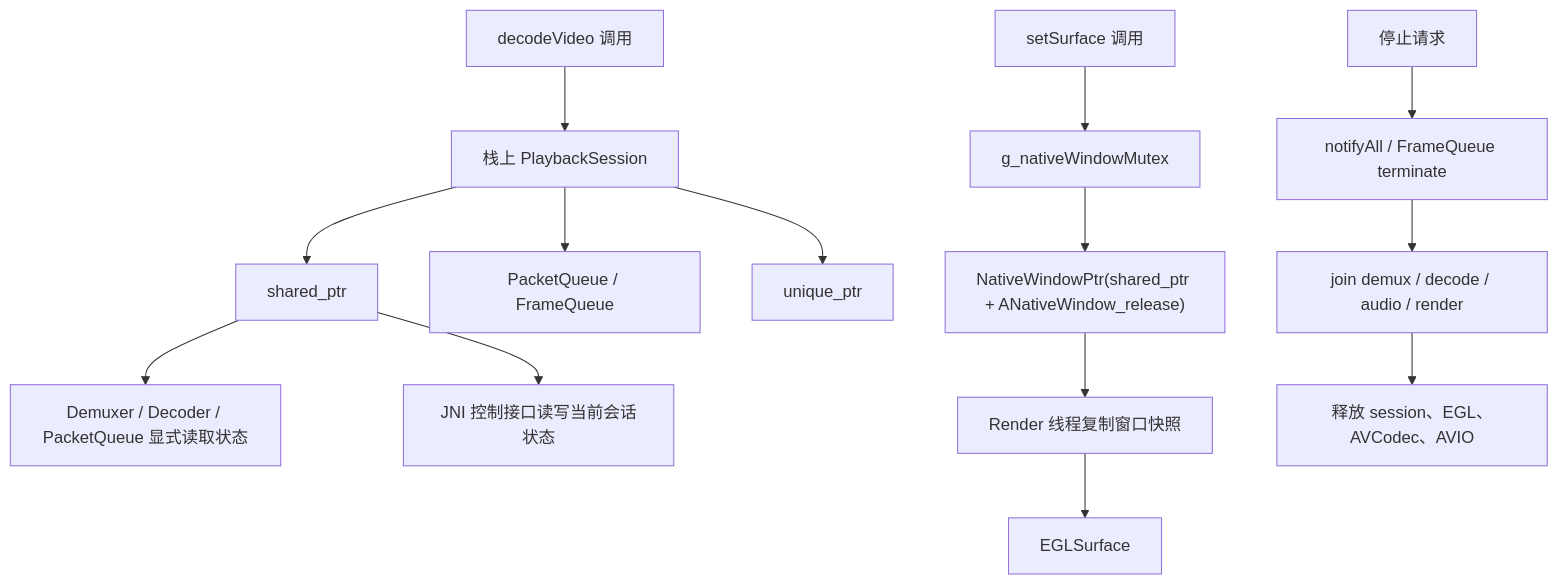
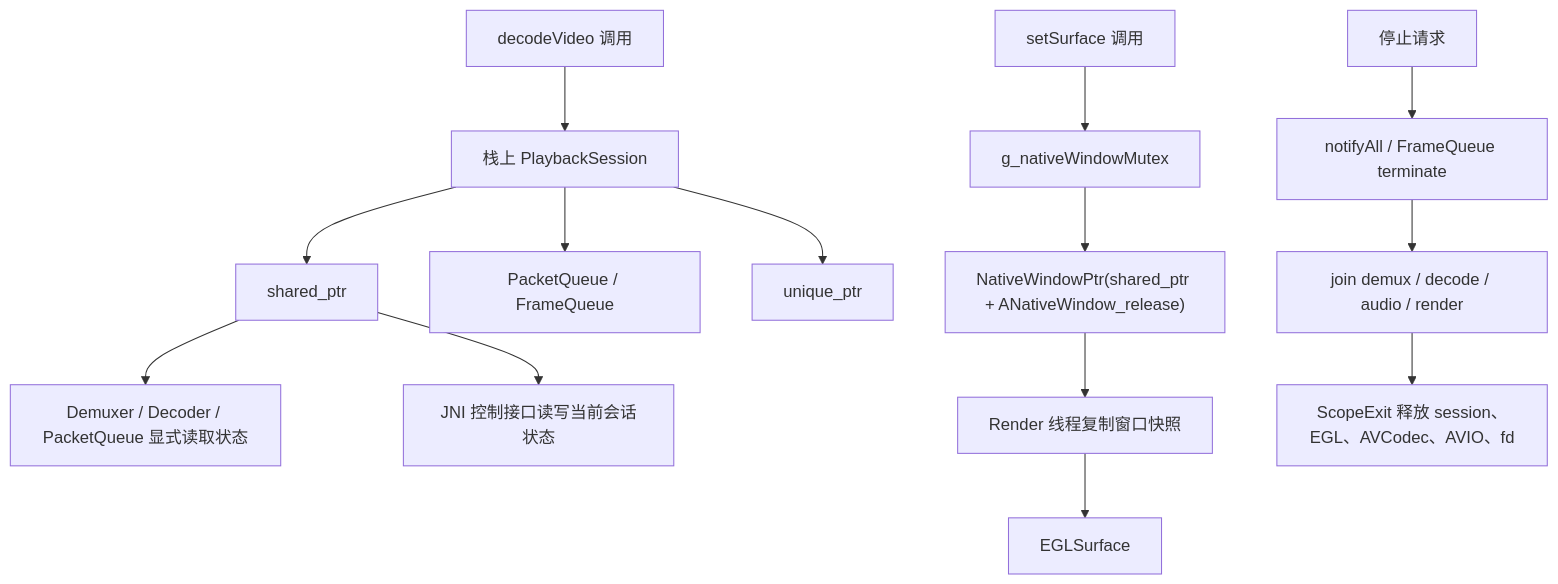
Before and after one commit to Skyline7190/VideoDecoder: the fifth of 5 diagrams in README.md, drawn with Mermaid. The commit also changed other lines of this file and 4 other files, not shown here.

````diff
--- a/README.md
+++ b/README.md
@@ -202,18 +202,18 @@
 ```mermaid
 flowchart TB
     DecodeCall["decodeVideo 调用"] --> LocalSession["栈上 PlaybackSession"]
     LocalSession --> State["shared_ptr<PlaybackState>"]
     LocalSession --> Queues["PacketQueue / FrameQueue"]
     LocalSession --> AudioPtr["unique_ptr<AudioRenderer>"]
     State --> DemuxerState["Demuxer / Decoder / PacketQueue 显式读取状态"]
     State --> JniState["JNI 控制接口读写当前会话状态"]
 
     SurfaceCall["setSurface 调用"] --> WindowLock["g_nativeWindowMutex"]
     WindowLock --> SharedWindow["NativeWindowPtr(shared_ptr + ANativeWindow_release)"]
     SharedWindow --> RenderSnapshot["Render 线程复制窗口快照"]
     RenderSnapshot --> EGLSurface["EGLSurface"]
 
     Stop["停止请求"] --> Wake["notifyAll / FrameQueue terminate"]
     Wake --> Join["join demux / decode / audio / render"]
-    Join --> Cleanup["释放 session、EGL、AVCodec、AVIO"]
+    Join --> Cleanup["ScopeExit 释放 session、EGL、AVCodec、AVIO、fd"]
 ```
````
